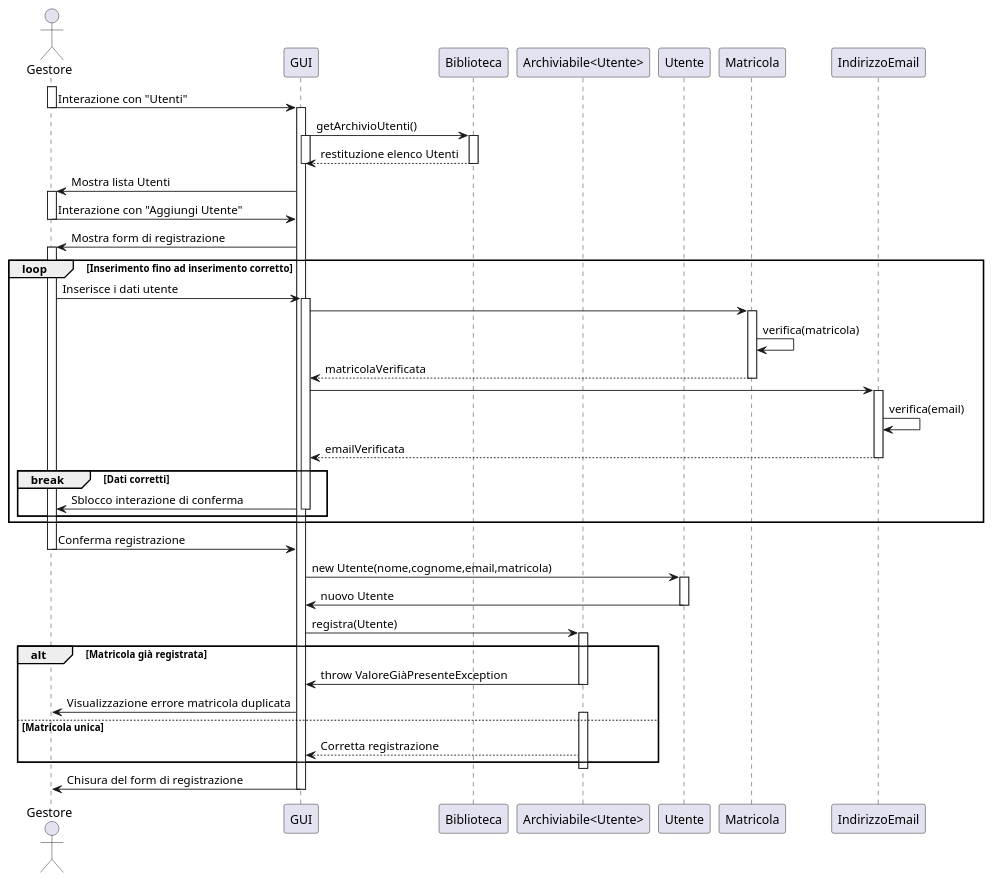
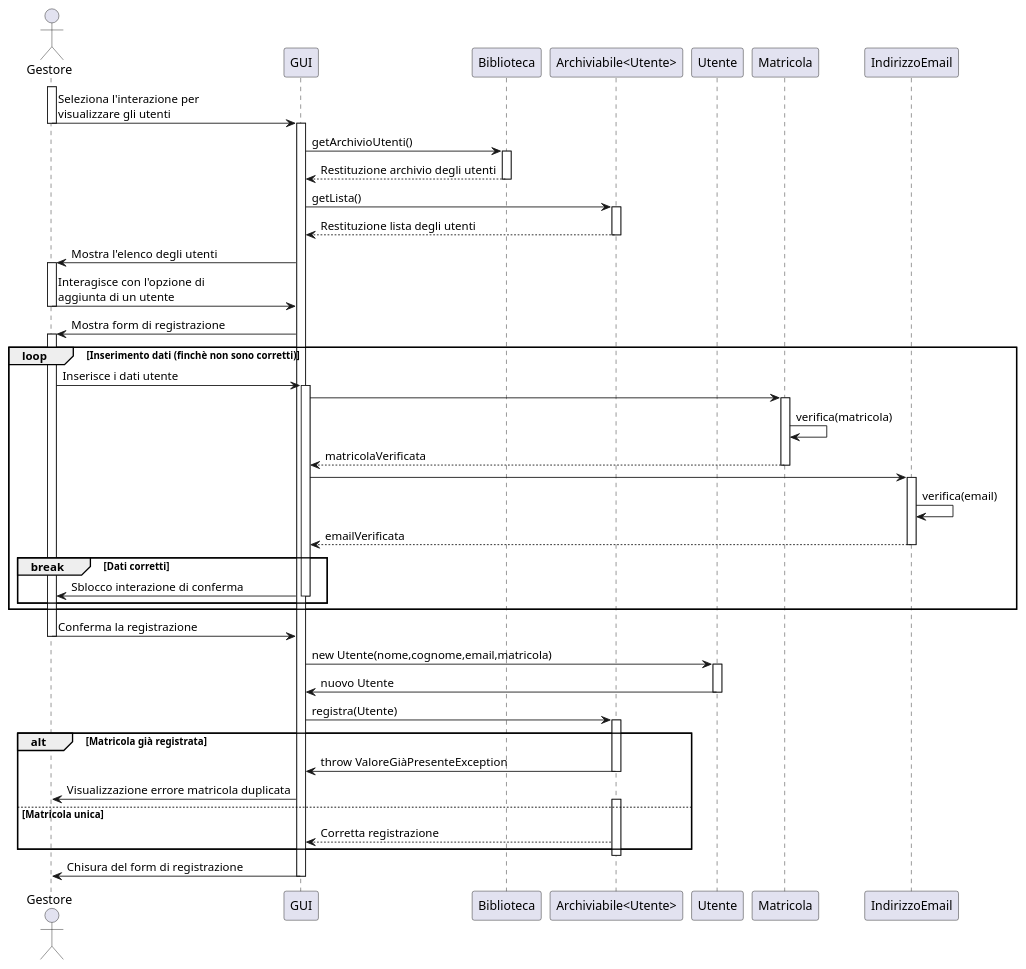
The diagram in docs/uml/DiagrammiSequenza/UMLinserisciUtente.puml (Meziu/easylibrary), drawn with PlantUML before and after one commit. The commit also changed 5 other files, not shown here.

Commit message:
Migliorie ai diagrammi di sequenza

```diff
--- a/docs/uml/DiagrammiSequenza/UMLinserisciUtente.puml
+++ b/docs/uml/DiagrammiSequenza/UMLinserisciUtente.puml
@@ -1,81 +1,85 @@
 @startuml
 actor Gestore as G
 participant "GUI" as UI
 participant "Biblioteca" as B
 participant "Archiviabile<Utente>" as A
 participant "Utente" as U
 participant "Matricola" as M
 participant "IndirizzoEmail" as E
 activate G
 ' ----- Inizio -----
 
-G -> UI : Interazione con "Utenti"
+G -> UI : Seleziona l'interazione per\nvisualizzare gli utenti
 deactivate G
 activate UI
 UI -> B : getArchivioUtenti()
-activate UI
 activate B
-B --> UI : restituzione elenco Utenti
+B --> UI : Restituzione archivio degli utenti
 deactivate B
-deactivate UI
-UI -> G : Mostra lista Utenti
+
+UI -> A : getLista()
+activate A
+A --> UI : Restituzione lista degli utenti
+deactivate A
+
+UI -> G : Mostra l'elenco degli utenti
 activate G
 
-G -> UI : Interazione con "Aggiungi Utente"
+G -> UI : Interagisce con l'opzione di \naggiunta di un utente
 deactivate G
 
 UI -> G : Mostra form di registrazione
 
-loop Inserimento fino ad inserimento corretto
+loop Inserimento dati (finchè non sono corretti)
     activate G
     G -> UI : Inserisce i dati utente
 
     activate UI
     UI -> M
     activate M
     M -> M : verifica(matricola)
 
     M --> UI : matricolaVerificata
     deactivate M
 
     UI -> E
     activate E
     E -> E : verifica(email)
     E --> UI: emailVerificata
     deactivate E
 
     break Dati corretti
         UI -> G : Sblocco interazione di conferma
         deactivate UI
     end
 end
 
-G -> UI : Conferma registrazione
+G -> UI : Conferma la registrazione
 deactivate G
 
 ' ----- Invio dati a Sistema -----
 UI -> U : new Utente(nome,cognome,email,matricola)
 activate U
 U -> UI : nuovo Utente
 deactivate U
 
 ' ----- Controllo Matricola -----
 UI -> A : registra(Utente)
 activate A
 alt Matricola già registrata
 
     A -> UI : throw ValoreGiàPresenteException
     deactivate A
 
     UI -> G : Visualizzazione errore matricola duplicata
 else Matricola unica
     activate A
 
 
 ' ----- Conclusione -----
 A --> UI : Corretta registrazione
 end
 deactivate A
 UI -> G : Chisura del form di registrazione
 deactivate UI
 @enduml
```
